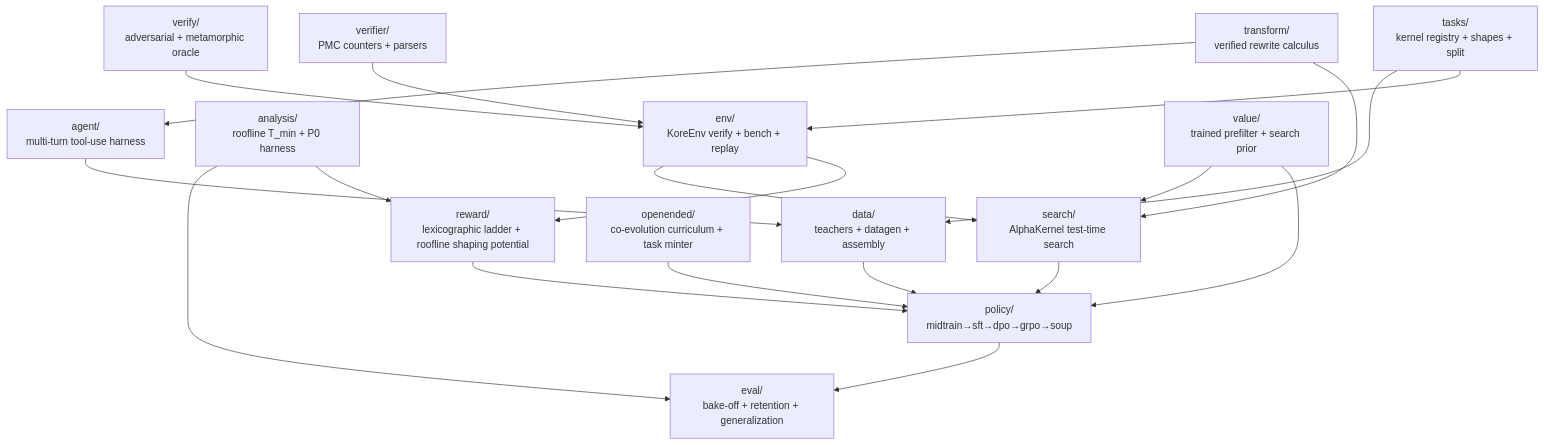
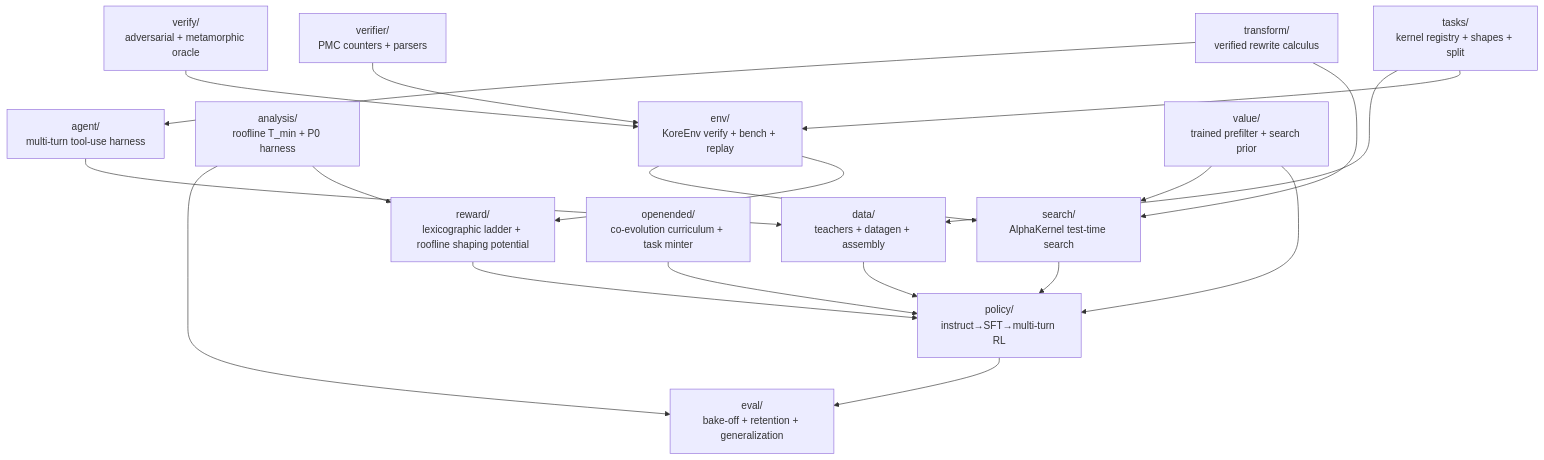
The diagram in kore/README.md (amd-shasriva/KORE), drawn with Mermaid before and after one commit. The commit also changed other lines of this file and 25 other files, not shown here.

````diff
--- a/kore/README.md
+++ b/kore/README.md
@@ -13,36 +13,36 @@
 ```mermaid
 flowchart TB
   tasks["tasks/<br/>kernel registry + shapes + split"]
   env["env/<br/>KoreEnv verify + bench + replay"]
   analysis["analysis/<br/>roofline T_min + P0 harness"]
   reward["reward/<br/>lexicographic ladder + roofline shaping potential"]
   verify["verify/<br/>adversarial + metamorphic oracle"]
   verifier["verifier/<br/>PMC counters + parsers"]
   data["data/<br/>teachers + datagen + assembly"]
   agent["agent/<br/>multi-turn tool-use harness"]
   openended["openended/<br/>co-evolution curriculum + task minter"]
   search["search/<br/>AlphaKernel test-time search"]
   transform["transform/<br/>verified rewrite calculus"]
-  policy["policy/<br/>midtrain→sft→dpo→grpo→soup"]
+  policy["policy/<br/>instruct→SFT→multi-turn RL"]
   value["value/<br/>trained prefilter + search prior"]
   eval["eval/<br/>bake-off + retention + generalization"]
 
   tasks --> env
   env --> reward
   analysis --> reward
   verifier --> env
   verify --> env
   reward --> policy
   data --> policy
   agent --> data
   openended --> policy
   value --> policy
   tasks --> data
   policy --> eval
   analysis --> eval
   transform --> search
   transform --> agent
   value --> search
   env --> search
   search --> policy
 ```
````
